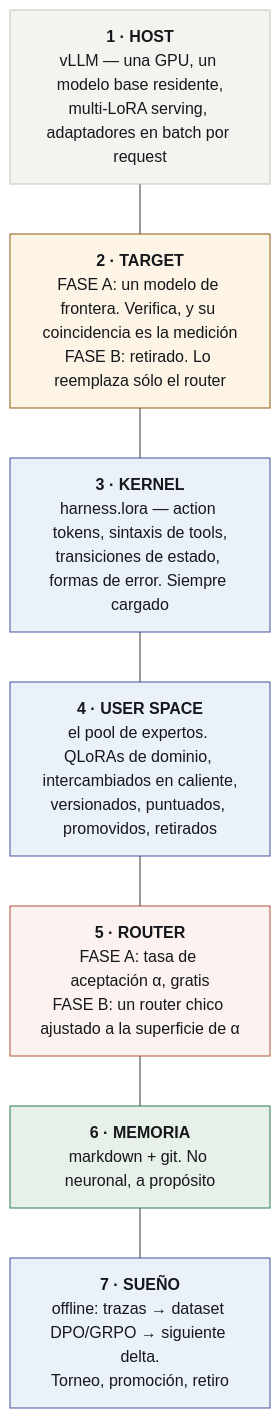
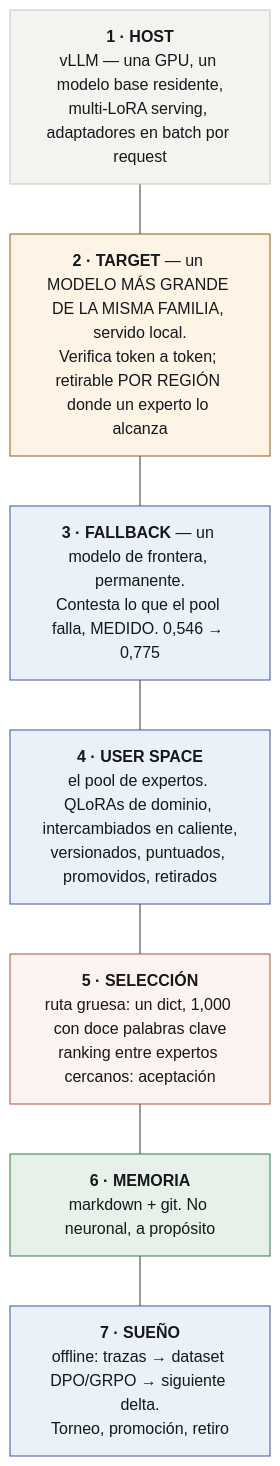
One commit to EvolvingAgentsLabs/lora-kernel changed the diagram in docs/es/ARCHITECTURE.md. Above: the diagram before and after it, drawn with Mermaid. The commit also changed other lines of this file and 6 other files, not shown here.

````diff
--- a/docs/es/ARCHITECTURE.md
+++ b/docs/es/ARCHITECTURE.md
@@ -15,23 +15,23 @@
 ```mermaid
 flowchart TB
     L1["<b>1 · HOST</b><br>vLLM — una GPU, un modelo base residente,<br>multi-LoRA serving, adaptadores en batch por request"]
-    L2["<b>2 · TARGET</b><br>FASE A: un modelo de frontera. Verifica, y su coincidencia es la medición<br>FASE B: retirado. Lo reemplaza sólo el router"]
-    L3["<b>3 · KERNEL</b><br>harness.lora — action tokens, sintaxis de tools,<br>transiciones de estado, formas de error. Siempre cargado"]
+    L2["<b>2 · TARGET</b> — un MODELO MÁS GRANDE DE LA MISMA FAMILIA, servido local.<br>Verifica token a token; retirable POR REGIÓN donde un experto lo alcanza"]
+    L3["<b>3 · FALLBACK</b> — un modelo de frontera, permanente.<br>Contesta lo que el pool falla, MEDIDO. 0,546 → 0,775"]
     L4["<b>4 · USER SPACE</b><br>el pool de expertos. QLoRAs de dominio, intercambiados en caliente,<br>versionados, puntuados, promovidos, retirados"]
-    L5["<b>5 · ROUTER</b><br>FASE A: tasa de aceptación α, gratis<br>FASE B: un router chico ajustado a la superficie de α"]
+    L5["<b>5 · SELECCIÓN</b><br>ruta gruesa: un dict, 1,000 con doce palabras clave<br>ranking entre expertos cercanos: aceptación"]
     L6["<b>6 · MEMORIA</b><br>markdown + git. No neuronal, a propósito"]
     L7["<b>7 · SUEÑO</b><br>offline: trazas → dataset DPO/GRPO → siguiente delta.<br>Torneo, promoción, retiro"]
 
     L1 --- L2 --- L3 --- L4 --- L5 --- L6 --- L7
 
     classDef host fill:#F4F3F0,stroke:#C4C4BF,color:#15171B
     classDef target fill:#FDF4E6,stroke:#8A5C10,color:#15171B
     classDef lora fill:#EAF1F9,stroke:#3E52A3,color:#15171B
     classDef open fill:#FCF3F1,stroke:#B0523C,color:#15171B
     classDef text fill:#E7F1EA,stroke:#2E7D4F,color:#15171B
     class L1 host
     class L2 target
     class L3,L4,L7 lora
     class L5 open
     class L6 text
 ```
````
